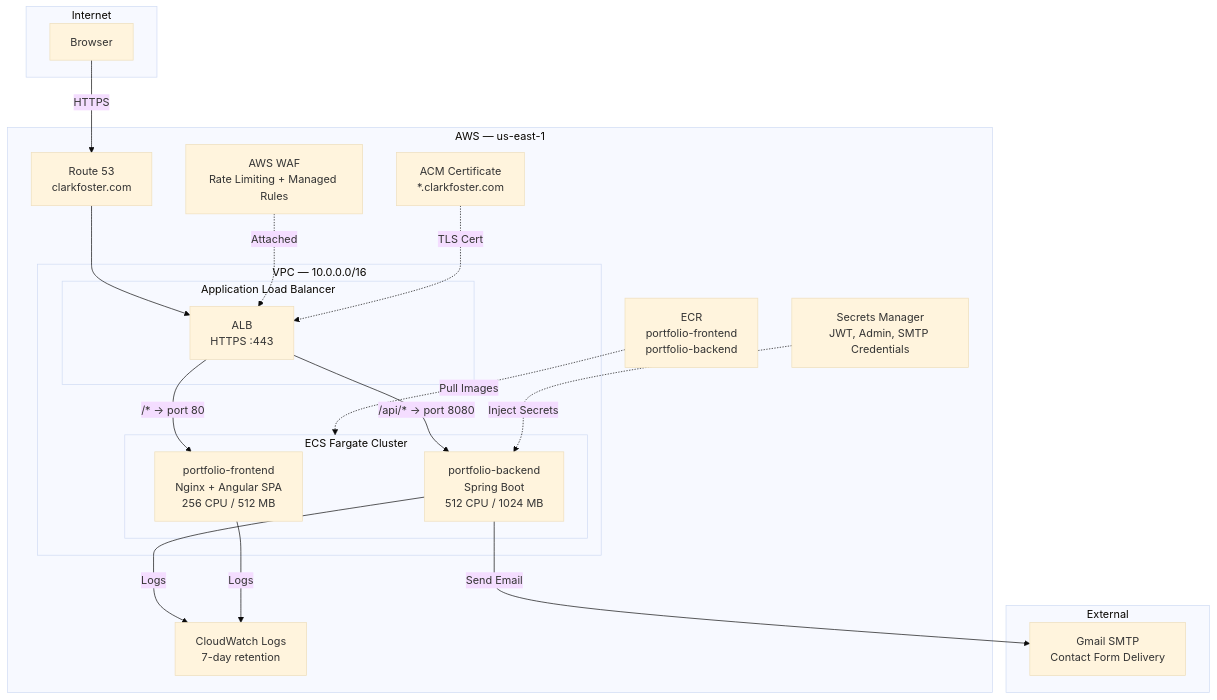
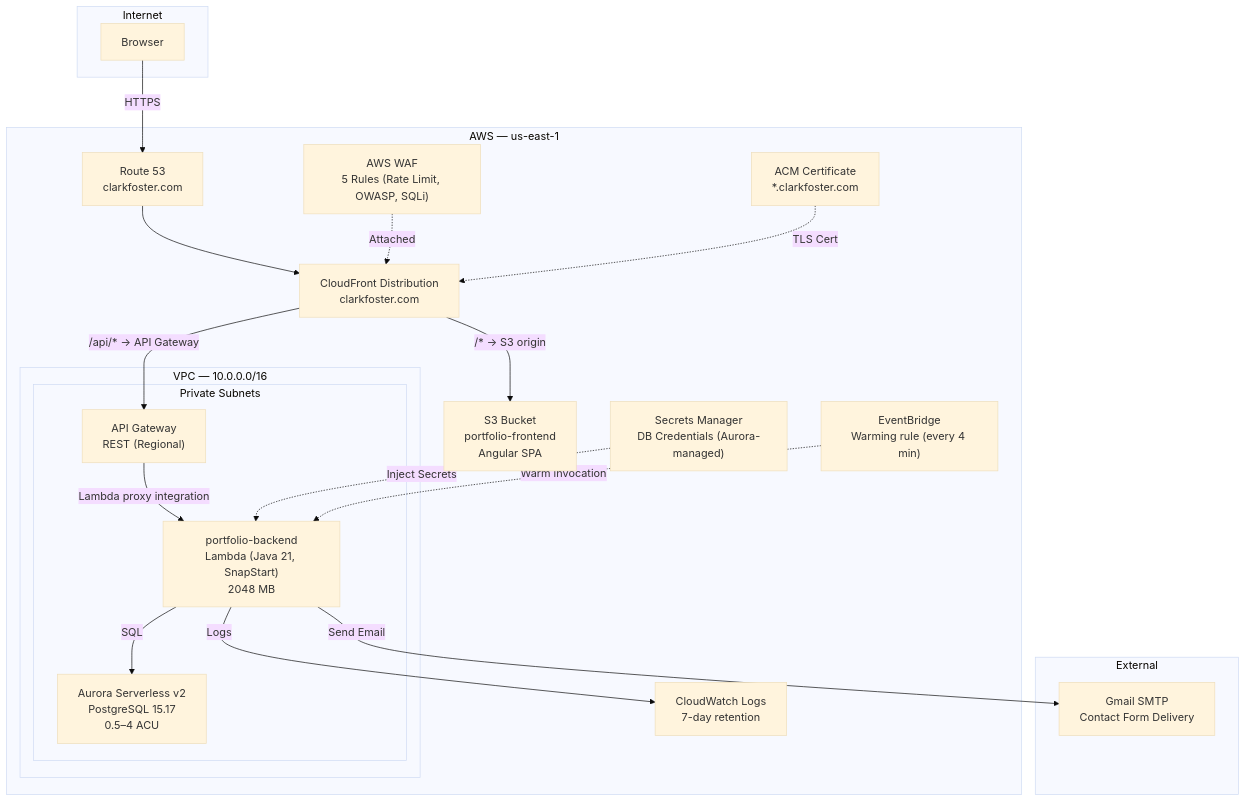
Before and after one commit to clark22134/MyPortfolioWebsite: the first of 13 diagrams in docs/ARCHITECTURE.md, drawn with Mermaid (base theme). The commit also changed other lines of this file and 96 other files, not shown here.

````diff
--- a/docs/ARCHITECTURE.md
+++ b/docs/ARCHITECTURE.md
@@ -9,43 +9,43 @@
 ```mermaid
 graph TB
     subgraph Internet
         Browser[Browser]
     end
 
     subgraph AWS["AWS — us-east-1"]
         Route53["Route 53<br/>clarkfoster.com"]
-        WAF["AWS WAF<br/>Rate Limiting + Managed Rules"]
+        WAF["AWS WAF<br/>5 Rules (Rate Limit, OWASP, SQLi)"]
         ACM["ACM Certificate<br/>*.clarkfoster.com"]
+        CF["CloudFront Distribution<br/>clarkfoster.com"]
+        S3["S3 Bucket<br/>portfolio-frontend<br/>Angular SPA"]
 
         subgraph VPC["VPC — 10.0.0.0/16"]
-            subgraph ALB_Sub["Application Load Balancer"]
-                ALB["ALB<br/>HTTPS :443"]
-            end
-            
-            subgraph ECS["ECS Fargate Cluster"]
-                FE["portfolio-frontend<br/>Nginx + Angular SPA<br/>256 CPU / 512 MB"]
-                BE["portfolio-backend<br/>Spring Boot<br/>512 CPU / 1024 MB"]
+            subgraph Private["Private Subnets"]
+                APIGW["API Gateway<br/>REST (Regional)"]
+                Lambda["portfolio-backend<br/>Lambda (Java 21, SnapStart)<br/>2048 MB"]
+                Aurora["Aurora Serverless v2<br/>PostgreSQL 15.17<br/>0.5–4 ACU"]
             end
         end
 
-        SM["Secrets Manager<br/>JWT, Admin, SMTP Credentials"]
+        SM["Secrets Manager<br/>DB Credentials (Aurora-managed)"]
         CW["CloudWatch Logs<br/>7-day retention"]
-        ECR["ECR<br/>portfolio-frontend<br/>portfolio-backend"]
+        EB["EventBridge<br/>Warming rule (every 4 min)"]
     end
 
     subgraph External
         SMTP["Gmail SMTP<br/>Contact Form Delivery"]
     end
 
     Browser -->|HTTPS| Route53
-    Route53 --> ALB
-    WAF -.->|Attached| ALB
-    ACM -.->|TLS Cert| ALB
-    ALB -->|"/* → port 80"| FE
-    ALB -->|"/api/* → port 8080"| BE
-    BE -->|Send Email| SMTP
-    SM -.->|Inject Secrets| BE
-    BE -->|Logs| CW
-    FE -->|Logs| CW
-    ECR -.->|Pull Images| ECS
+    Route53 --> CF
+    WAF -.->|Attached| CF
+    ACM -.->|TLS Cert| CF
+    CF -->|"/* → S3 origin"| S3
+    CF -->|"/api/* → API Gateway"| APIGW
+    APIGW -->|Lambda proxy integration| Lambda
+    Lambda -->|SQL| Aurora
+    Lambda -->|Send Email| SMTP
+    SM -.->|Inject Secrets| Lambda
+    Lambda -->|Logs| CW
+    EB -.->|Warm invocation| Lambda
 ```
````
